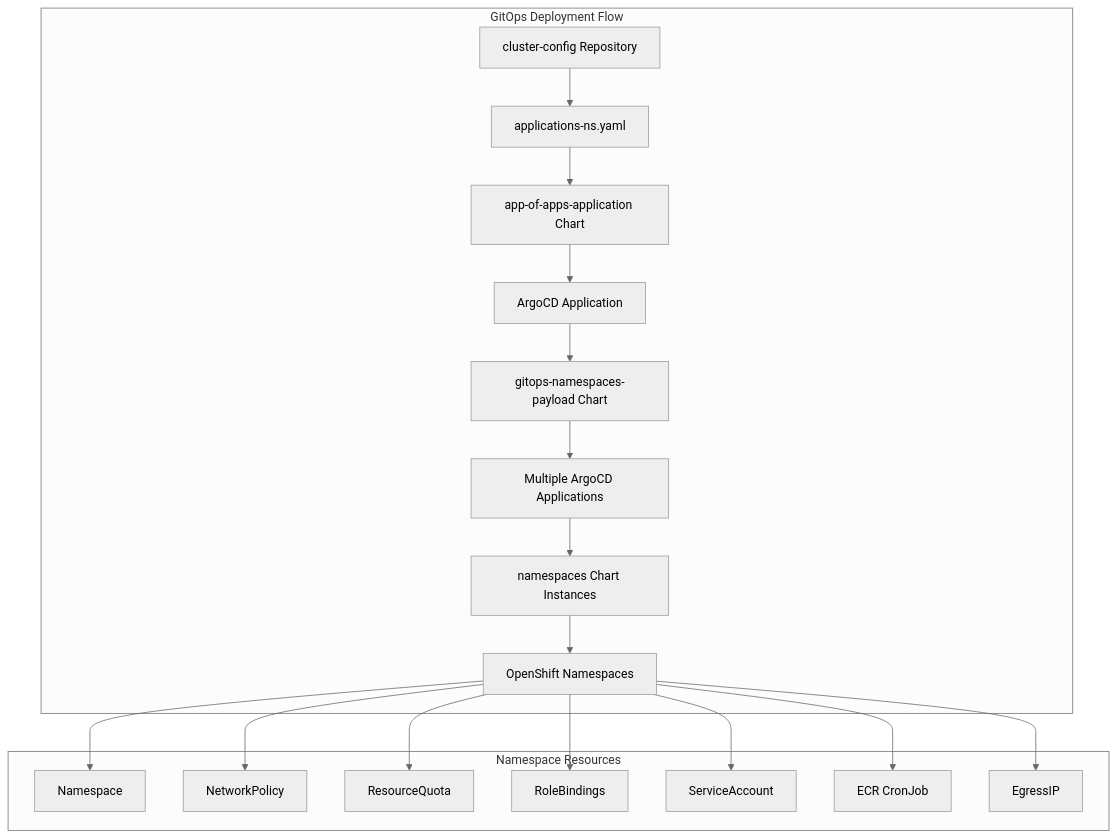
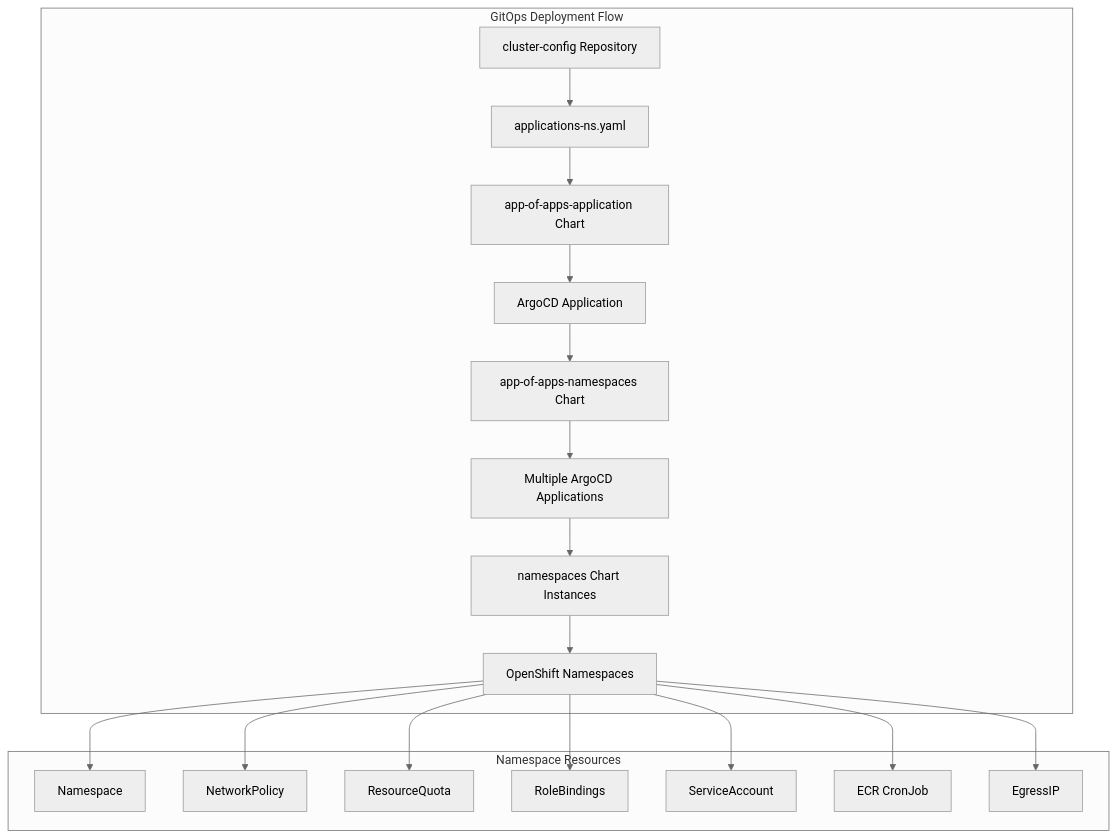
The diagram in charts/namespaces/README.md (rosa-hcp-dedicated-vpc/helm-repository), drawn with Mermaid (neutral theme) before and after one commit. The commit also changed other lines of this file and 4 other files, not shown here.

First line of the commit message:
Rename gitops-namespaces-payload chart to app-of-apps-namespaces

````diff
--- a/charts/namespaces/README.md
+++ b/charts/namespaces/README.md
@@ -13,22 +13,22 @@
 ```mermaid
 graph TB
     subgraph "GitOps Deployment Flow"
         A[cluster-config Repository] --> B[applications-ns.yaml]
         B --> C[app-of-apps-application Chart]
         C --> D[ArgoCD Application]
-        D --> E[gitops-namespaces-payload Chart]
+        D --> E[app-of-apps-namespaces Chart]
         E --> F[Multiple ArgoCD Applications]
         F --> G[namespaces Chart Instances]
         G --> H[OpenShift Namespaces]
     end
     
     subgraph "Namespace Resources"
         H --> I[Namespace]
         H --> J[NetworkPolicy]
         H --> K[ResourceQuota]
         H --> L[RoleBindings]
         H --> M[ServiceAccount]
         H --> N[ECR CronJob]
         H --> O[EgressIP]
     end
 ```
````
